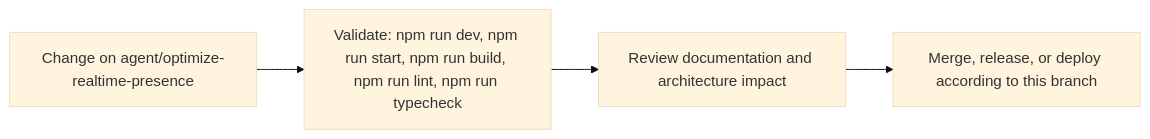
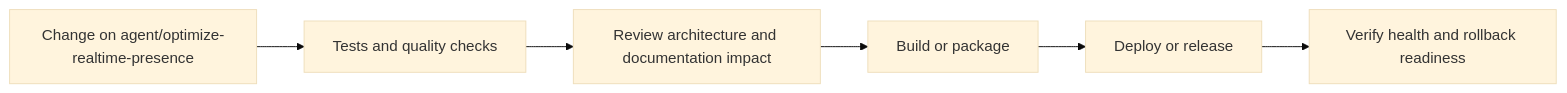
Before and after one commit to Nischhalsubba/blink-and-find: the sixth of 7 diagrams in README.md, drawn with Mermaid (base theme). The commit also changed other lines of this file, not shown here.

````diff
--- a/README.md
+++ b/README.md
@@ -88,8 +203,8 @@
 ```mermaid
 flowchart LR
-    CHANGE["Change on agent/optimize-realtime-presence"]
-    CHECK["Validate: npm run dev, npm run start, npm run build, npm run lint, npm run typecheck"]
-    REVIEW["Review documentation and architecture impact"]
-    RELEASE["Merge, release, or deploy according to this branch"]
-    CHANGE --> CHECK --> REVIEW --> RELEASE
+    CHANGE["Change on agent/optimize-realtime-presence"] --> CHECK["Tests and quality checks"]
+    CHECK --> REVIEW["Review architecture and documentation impact"]
+    REVIEW --> BUILD["Build or package"]
+    BUILD --> DEPLOY["Deploy or release"]
+    DEPLOY --> VERIFY["Verify health and rollback readiness"]
 ```
````
